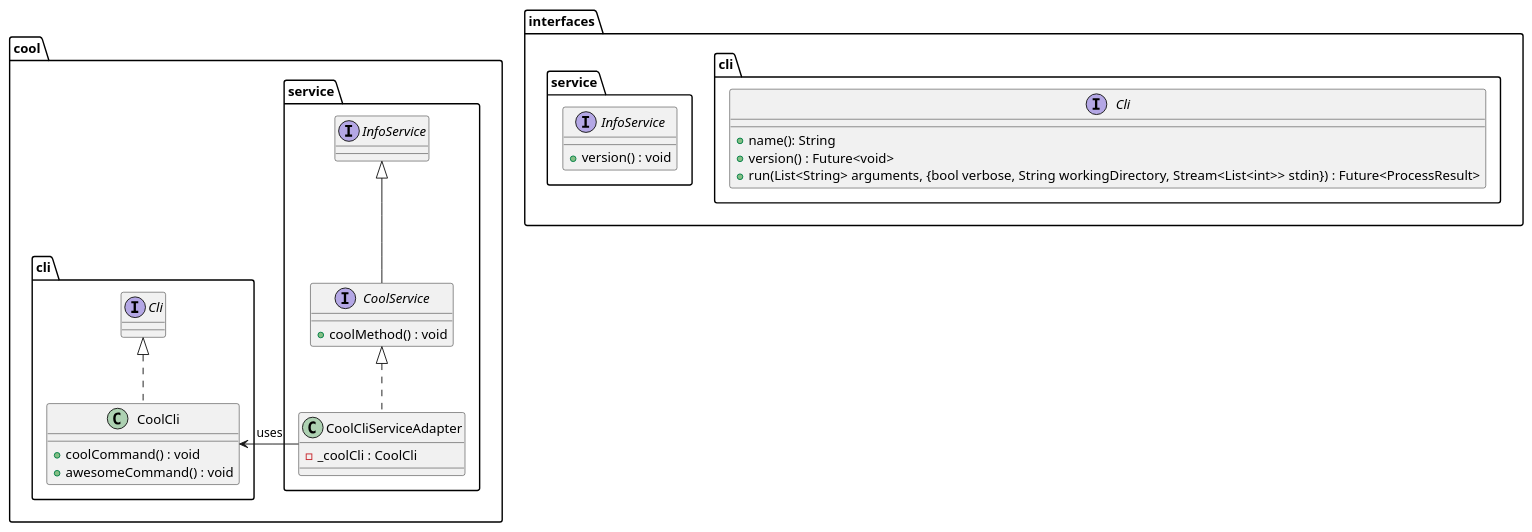
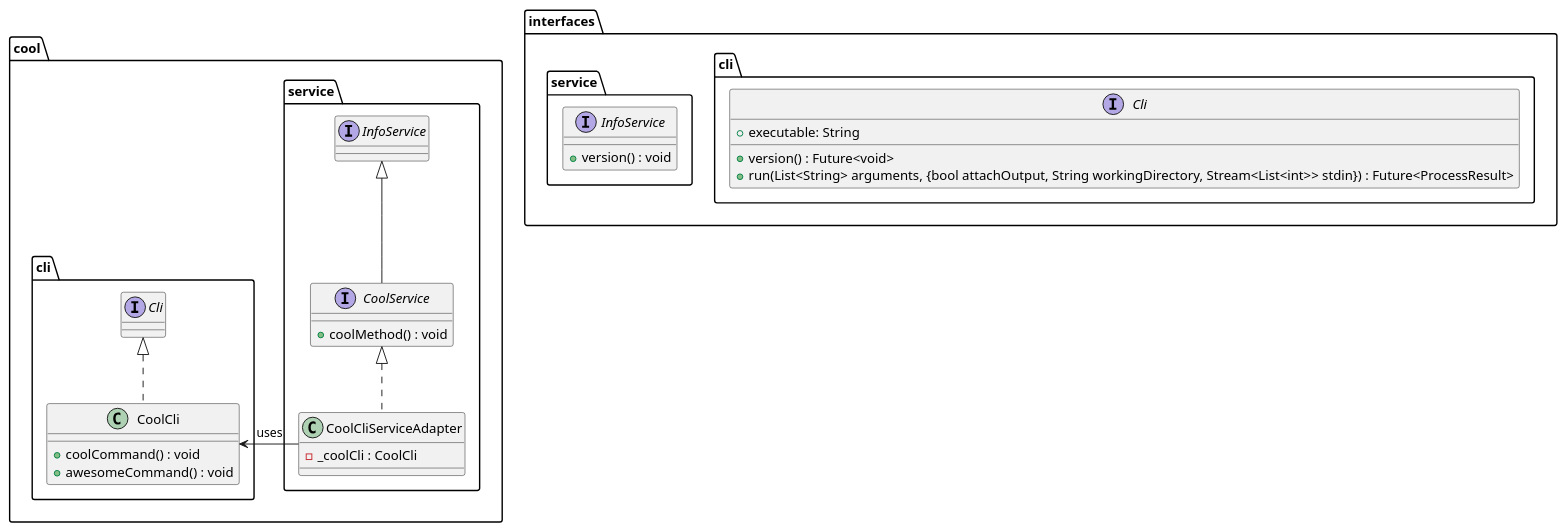
One commit to Flank/flank-dashboard changed the diagram in metrics/cli/docs/diagrams/cli_interfaces_class_diagram.puml. Above: the diagram before and after it, drawn with PlantUML. The commit also changed 2 other files, not shown here.

```diff
--- a/metrics/cli/docs/diagrams/cli_interfaces_class_diagram.puml
+++ b/metrics/cli/docs/diagrams/cli_interfaces_class_diagram.puml
@@ -1,40 +1,40 @@
 @startuml cli_interfaces_class_diagram
 
 package interfaces {
     package cli {
         interface Cli {
-            + name(): String
+            + executable: String
             + version() : Future<void>
-            + run(List<String> arguments, {bool verbose, String workingDirectory, Stream<List<int>> stdin}) : Future<ProcessResult>
+            + run(List<String> arguments, {bool attachOutput, String workingDirectory, Stream<List<int>> stdin}) : Future<ProcessResult>
         }
     }
 
     package service {
         interface InfoService {
             + version() : void
         }
     }
 }
 
 package cool {
     package service as cool.service{
         interface CoolService extends InfoService{
             + coolMethod() : void
         }
 
         class CoolCliServiceAdapter implements CoolService {
             - _coolCli : CoolCli
         }
     }
 
     package cli as cool.cli {
         class CoolCli implements Cli {
             + coolCommand() : void
             + awesomeCommand() : void
         }
     }
 }
 
 CoolCliServiceAdapter -> CoolCli : uses
 
 @enduml
```
